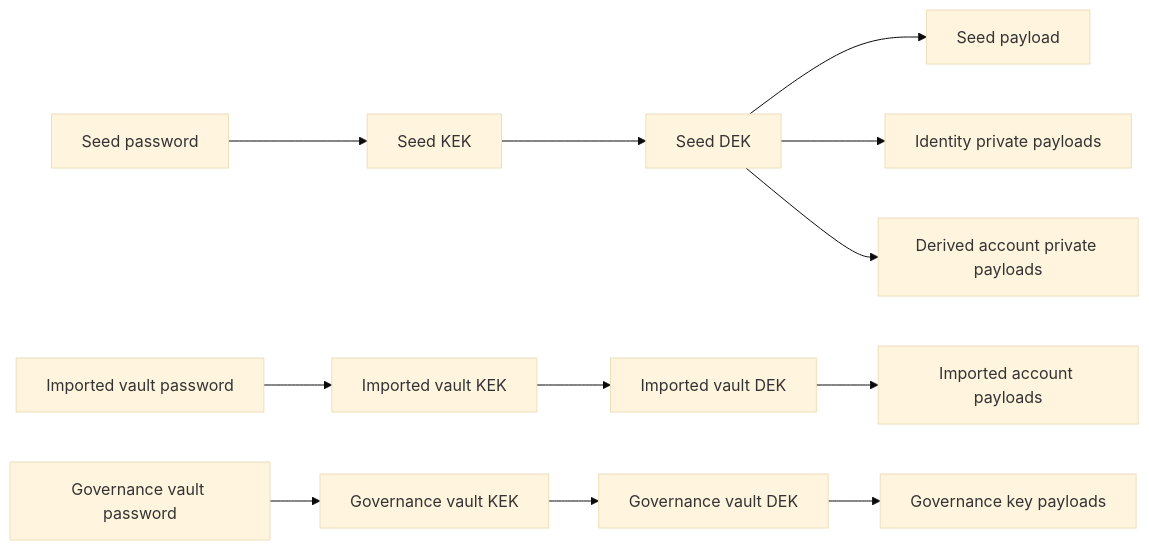
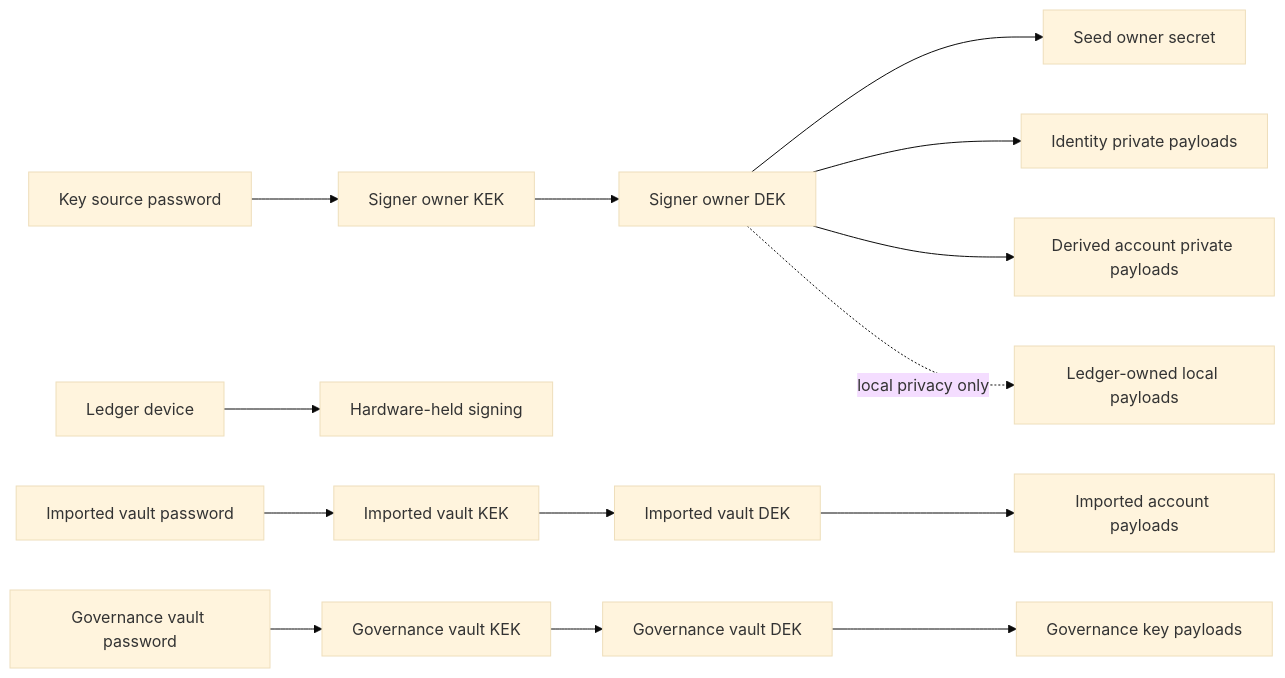
Before and after one commit to soerenbf/ccd-wallet-cli: the second of 3 diagrams in docs/encryption-model.md, drawn with Mermaid (base theme). The commit also changed other lines of this file and 42 other files, not shown here.

````diff
--- a/docs/encryption-model.md
+++ b/docs/encryption-model.md
@@ -76,13 +78,16 @@
 ```mermaid
 flowchart LR
-    SP[Seed password] --> SKEK[Seed KEK] --> SDEK[Seed DEK]
-    SDEK --> SeedPayload[Seed payload]
-    SDEK --> IdentityPayloads[Identity private payloads]
-    SDEK --> DerivedAccountPayloads[Derived account private payloads]
+    OP[Key source password] --> OKEK[Signer owner KEK] --> ODEK[Signer owner DEK]
+    ODEK --> SeedSecret[Seed owner secret]
+    ODEK --> IdentityPayloads[Identity private payloads]
+    ODEK --> DerivedAccountPayloads[Derived account private payloads]
+
+    LP[Ledger device] --> LedgerSigning[Hardware-held signing]
+    ODEK -. local privacy only .-> LedgerMetadata[Ledger-owned local payloads]
 
     IP[Imported vault password] --> IKEK[Imported vault KEK] --> IDEK[Imported vault DEK]
     IDEK --> ImportedPayloads[Imported account payloads]
 
     GP[Governance vault password] --> GKEK[Governance vault KEK] --> GDEK[Governance vault DEK]
     GDEK --> GovernancePayloads[Governance key payloads]
 ```
````
